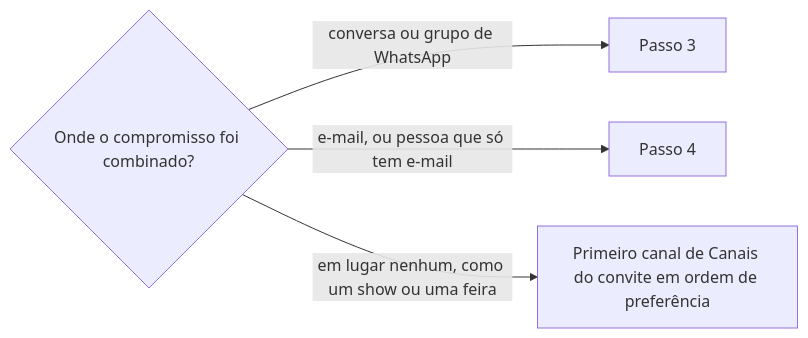
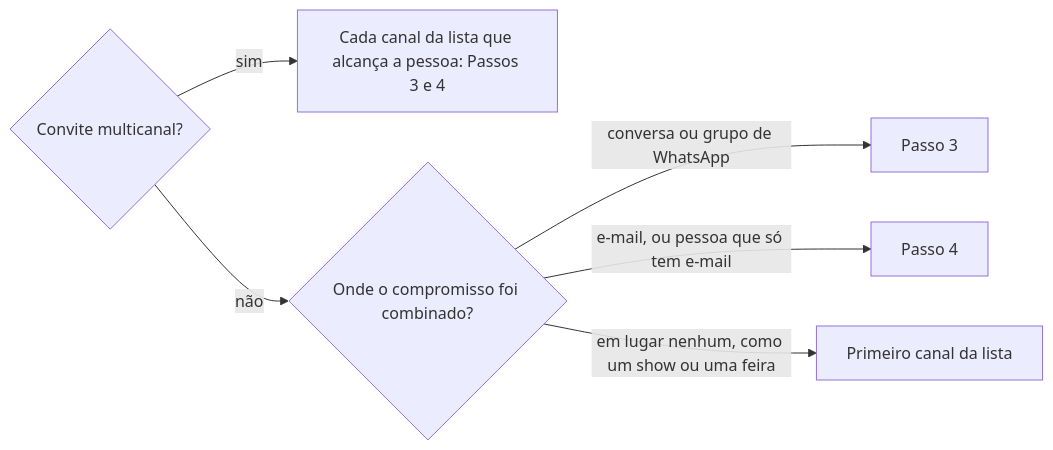
Before and after one commit to jimmyandrade/harness: the diagram in .agents/skills/convidar-para-evento/SKILL.md, drawn with Mermaid. The commit also changed other lines of this file and 1 other file, not shown here.

````diff
--- a/.agents/skills/convidar-para-evento/SKILL.md
+++ b/.agents/skills/convidar-para-evento/SKILL.md
@@ -37,6 +39,8 @@
 ```mermaid
 flowchart LR
-  Q{Onde o compromisso foi combinado?} -->|conversa ou grupo de WhatsApp| W[Passo 3]
-  Q -->|e-mail, ou pessoa que só tem e-mail| G[Passo 4]
-  Q -->|em lugar nenhum, como um show ou uma feira| L[Primeiro canal de Canais do convite em ordem de preferência]
+  Q{Convite multicanal?} -->|sim| M[Cada canal da lista que alcança a pessoa: Passos 3 e 4]
+  Q -->|não| O{Onde o compromisso foi combinado?}
+  O -->|conversa ou grupo de WhatsApp| W[Passo 3]
+  O -->|e-mail, ou pessoa que só tem e-mail| G[Passo 4]
+  O -->|em lugar nenhum, como um show ou uma feira| L[Primeiro canal da lista]
 ```
````
